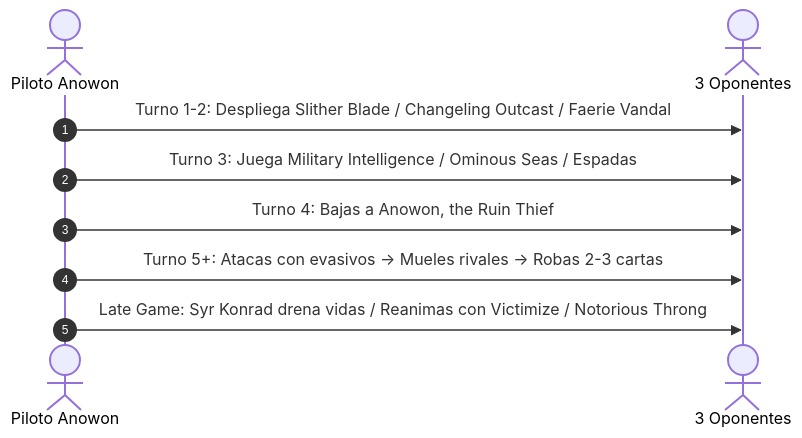
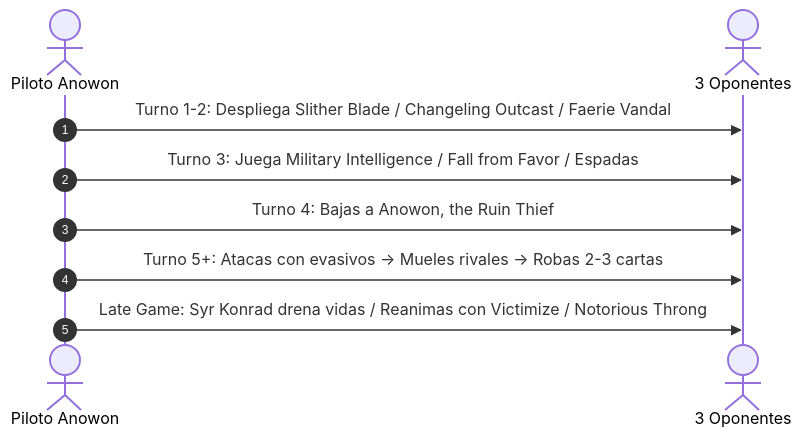
One commit to 00Ragnarok85/Magic-Skill changed the second of 2 diagrams in decks/Commander/anowon/anowon_guide.md. Above: the diagram before and after it, drawn with Mermaid. The commit also changed other lines of this file and 3 other files, not shown here.

````diff
--- a/decks/Commander/anowon/anowon_guide.md
+++ b/decks/Commander/anowon/anowon_guide.md
@@ -160,12 +160,12 @@
 ```mermaid
 sequenceDiagram
     autonumber
     actor Jugador as Piloto Anowon
     actor Mesa as 3 Oponentes
 
     Jugador->>Mesa: Turno 1-2: Despliega Slither Blade / Changeling Outcast / Faerie Vandal
-    Jugador->>Mesa: Turno 3: Juega Military Intelligence / Ominous Seas / Espadas
+    Jugador->>Mesa: Turno 3: Juega Military Intelligence / Fall from Favor / Espadas
     Jugador->>Mesa: Turno 4: Bajas a Anowon, the Ruin Thief
     Jugador->>Mesa: Turno 5+: Atacas con evasivos -> Mueles rivales -> Robas 2-3 cartas
     Jugador->>Mesa: Late Game: Syr Konrad drena vidas / Reanimas con Victimize / Notorious Throng
 ```
````
